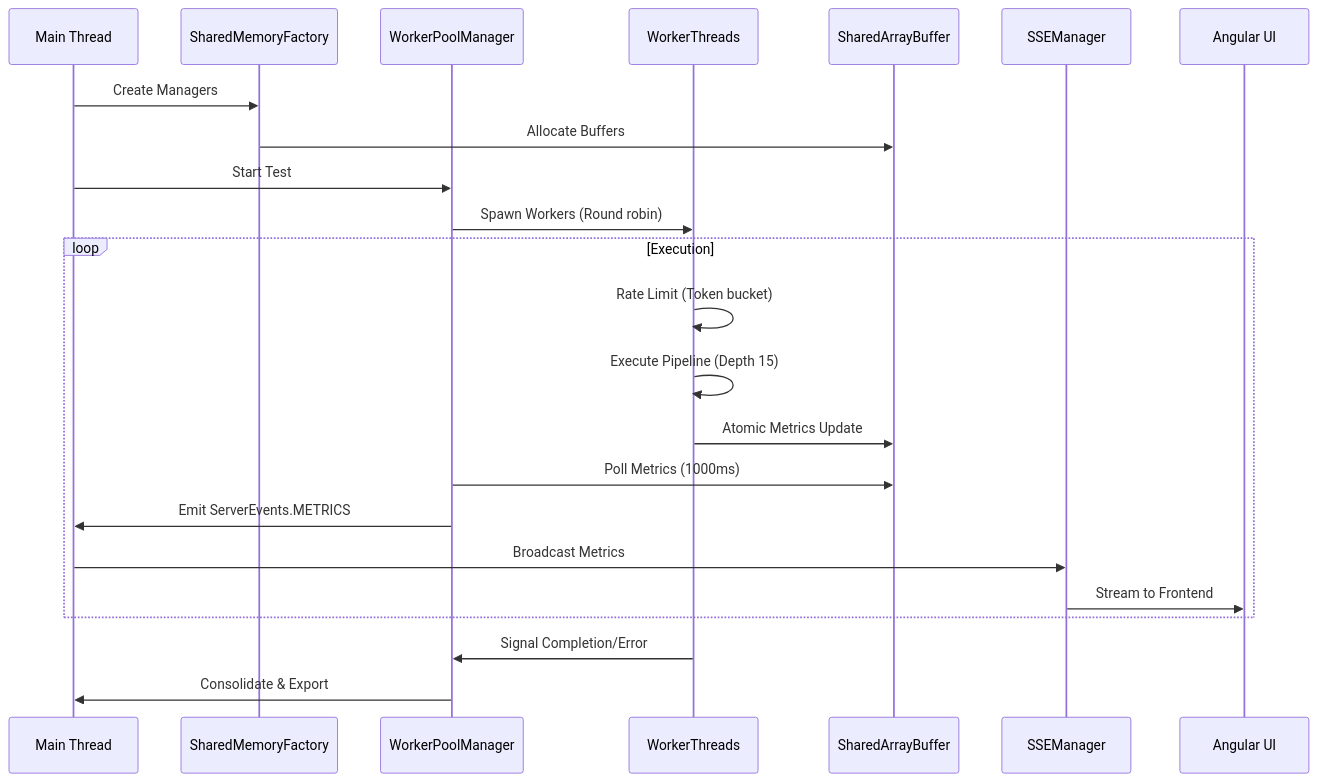
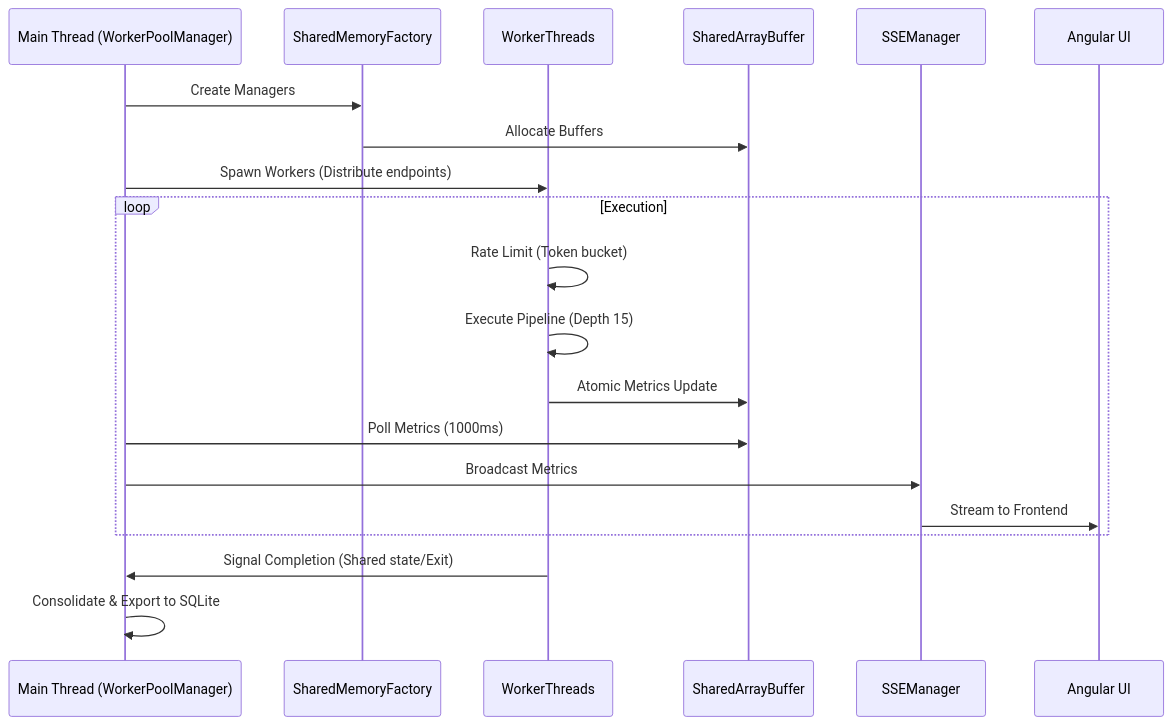
One commit to kevinchatham/tressi changed the second of 2 diagrams in docs/05-internals/01-architecture.md. Above: the diagram before and after it, drawn with Mermaid. The commit also changed other lines of this file and 391 other files, not shown here.

````diff
--- a/docs/05-internals/01-architecture.md
+++ b/docs/05-internals/01-architecture.md
@@ -64,26 +54,23 @@
 ```mermaid
 sequenceDiagram
-    participant M as Main Thread
+    participant M as Main Thread (WorkerPoolManager)
     participant SMF as SharedMemoryFactory
-    participant WPM as WorkerPoolManager
     participant WT as WorkerThreads
     participant SM as SharedArrayBuffer
     participant SSE as SSEManager
     participant UI as Angular UI
 
     M->>SMF: Create Managers
     SMF->>SM: Allocate Buffers
-    M->>WPM: Start Test
-    WPM->>WT: Spawn Workers (Round robin)
+    M->>WT: Spawn Workers (Distribute endpoints)
     loop Execution
         WT->>WT: Rate Limit (Token bucket)
         WT->>WT: Execute Pipeline (Depth 15)
         WT->>SM: Atomic Metrics Update
-        WPM->>SM: Poll Metrics (1000ms)
-        WPM->>M: Emit ServerEvents.METRICS
+        M->>SM: Poll Metrics (1000ms)
         M->>SSE: Broadcast Metrics
         SSE->>UI: Stream to Frontend
     end
-    WT->>WPM: Signal Completion/Error
-    WPM->>M: Consolidate & Export
+    WT->>M: Signal Completion (Shared state/Exit)
+    M->>M: Consolidate & Export to SQLite
 ```
````
